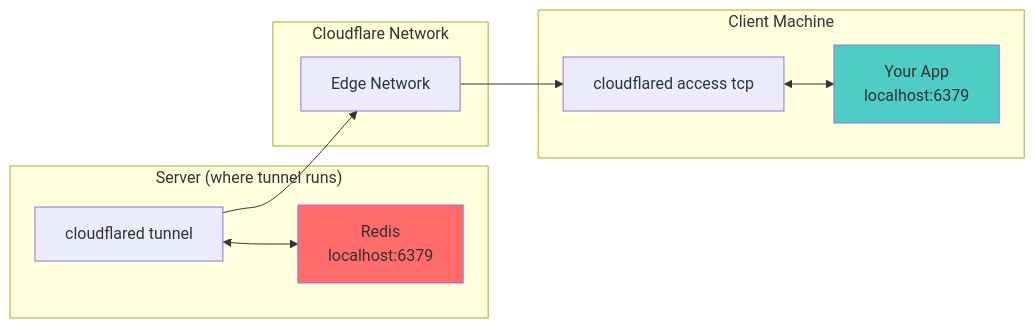
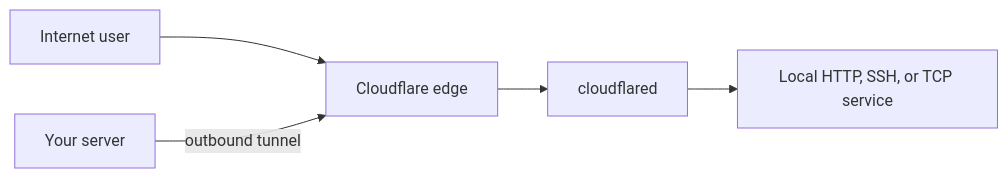
Before and after one commit to rodrigocnascimento/cf-tunnels: the diagram in README.md, drawn with Mermaid. The commit also changed other lines of this file and 8 other files, not shown here.

````diff
--- a/README.md
+++ b/README.md
@@ -386,24 +19,7 @@
 ```mermaid
 flowchart LR
-    subgraph Server["Server (where tunnel runs)"]
-        CFG_S[cloudflared tunnel]
-        Redis[Redis<br/>localhost:6379]
-    end
-    
-    subgraph Cloudflare["Cloudflare Network"]
-        Edge[Edge Network]
-    end
-    
-    subgraph Client["Client Machine"]
-        CFG_C[cloudflared access tcp]
-        App[Your App<br/>localhost:6379]
-    end
-    
-    CFG_S --> Edge
-    Edge --> CFG_C
-    CFG_S <--> Redis
-    CFG_C <--> App
-    
-    style Redis fill:#ff6b6b
-    style App fill:#4ecdc4
+    User[Internet user] --> Edge[Cloudflare edge]
+    Server[Your server] -->|outbound tunnel| Edge
+    Edge --> CF[cloudflared]
+    CF --> Service[Local HTTP, SSH, or TCP service]
 ```
````
